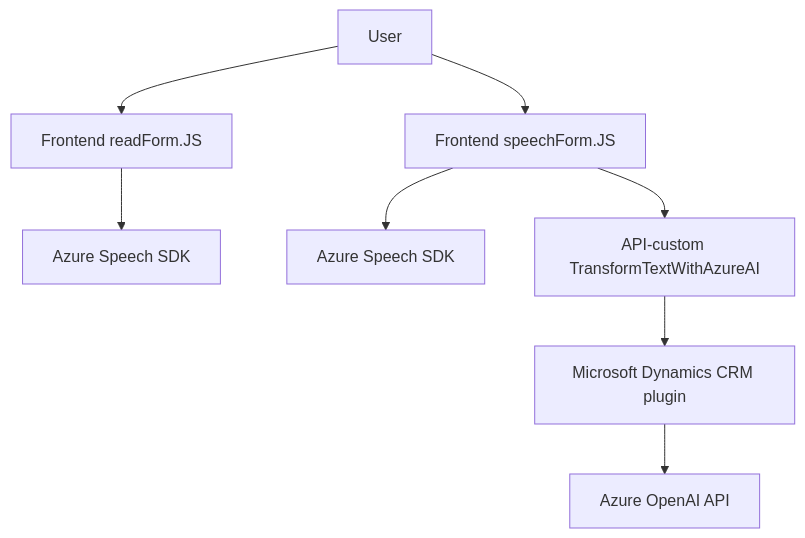
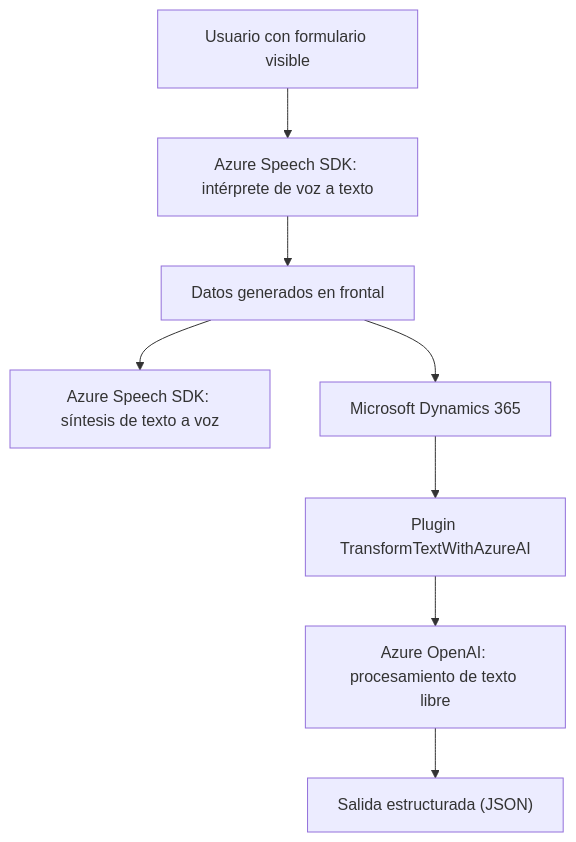
One commit to blopezdm/NETCORE_BILBAO2025 changed the diagram in README.md. Above: the diagram before and after it, drawn with Mermaid. The commit also changed other lines of this file, not shown here.

Commit message:
Actualizar análisis global de la solución con IA

````diff
--- a/README.md
+++ b/README.md
@@ -48,10 +37,19 @@
 ```mermaid
 graph TD
-A["User"] --> B["Frontend readForm.JS"]
-A --> C["Frontend speechForm.JS"]
-B --> D["Azure Speech SDK"]
-C --> E["Azure Speech SDK"]
-C --> F["API-custom TransformTextWithAzureAI"]
-F --> G["Microsoft Dynamics CRM plugin"]
-G --> H["Azure OpenAI API"]
+    A["Usuario con formulario visible"]
+    B["Azure Speech SDK: intérprete de voz a texto"]
+    C["Azure Speech SDK: síntesis de texto a voz"]
+    D["Datos generados en frontal"]
+    E["Microsoft Dynamics 365"]
+    F["Plugin TransformTextWithAzureAI"]
+    G["Azure OpenAI: procesamiento de texto libre"]
+    H["Salida estructurada (JSON)"]
+
+    A --> B
+    B --> D
+    D --> C
+    D --> E
+    E --> F
+    F --> G
+    G --> H
 ```
````
